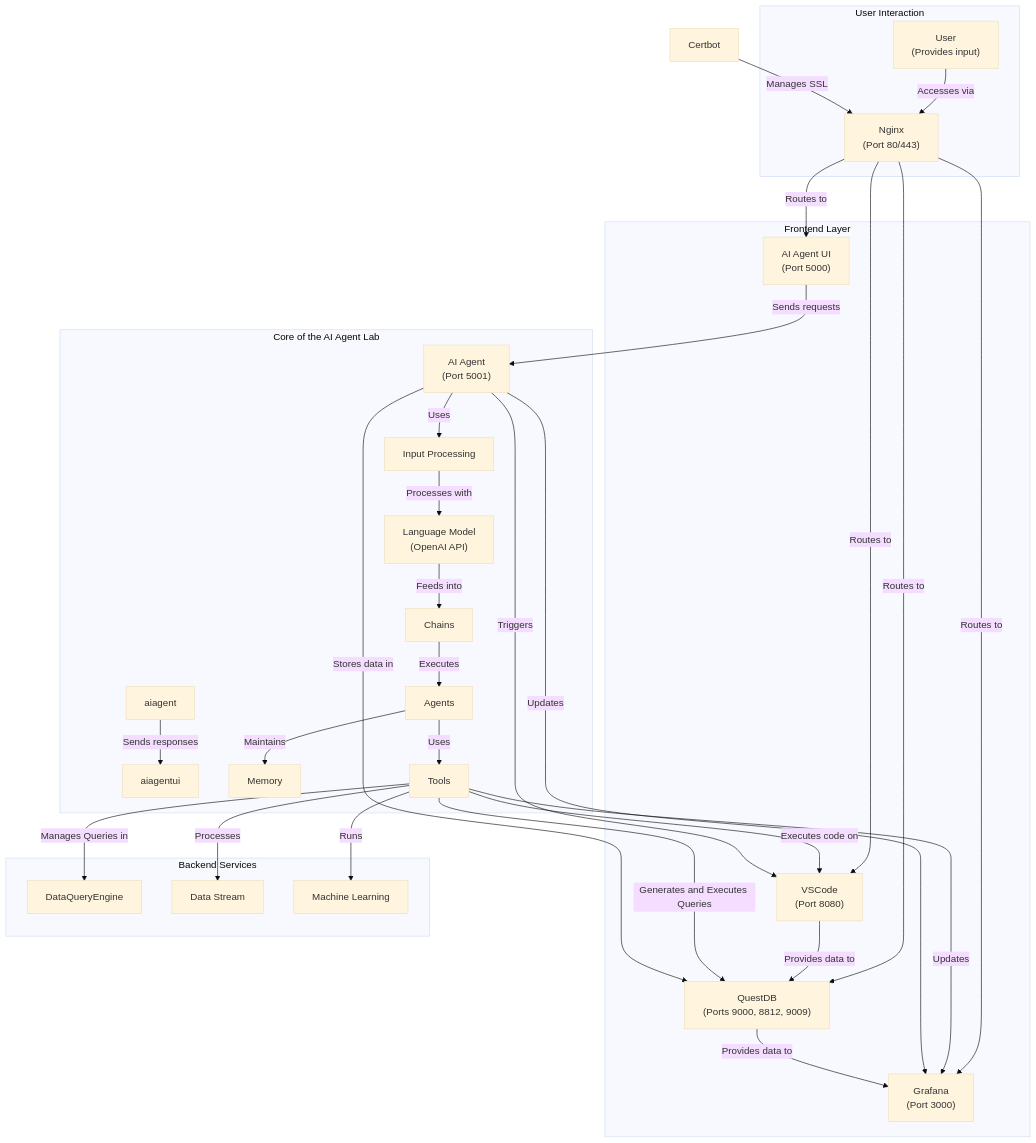
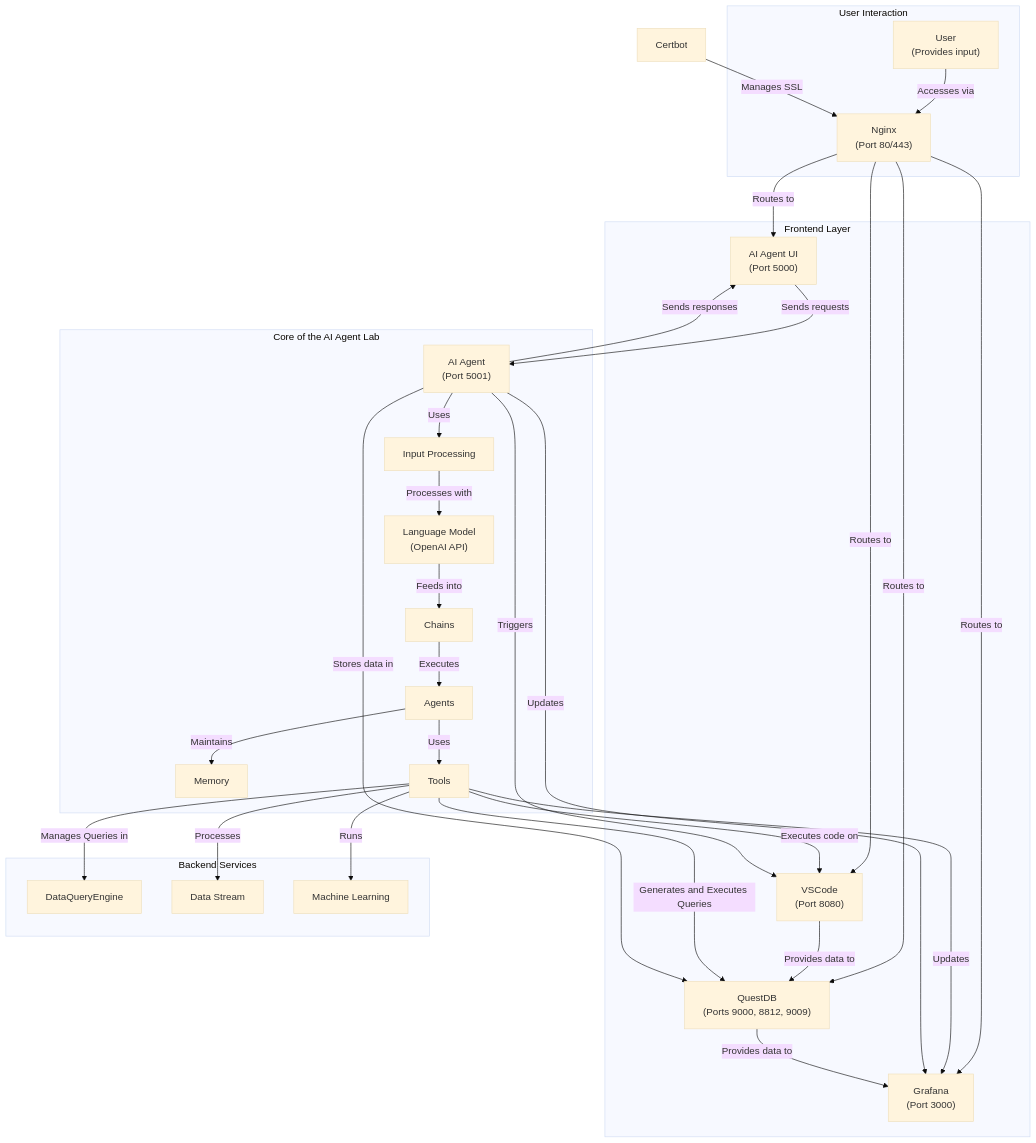
One commit to quantiota/AI-Agent-Lab changed the second of 6 diagrams in docs/architecture/langchain-diagram.md. Above: the diagram before and after it, drawn with Mermaid.

````diff
--- a/docs/architecture/langchain-diagram.md
+++ b/docs/architecture/langchain-diagram.md
@@ -60,54 +60,54 @@
 ```mermaid
 ---
 config:
   look: classic
   theme: base
   layout: dagre
 ---
 
 
 graph TD
   %% User and Frontend Layer
   subgraph User_Interaction["User Interaction"]
     User["User<br>(Provides input)"] -->|Accesses via| Nginx["Nginx<br>(Port 80/443)"]
   end
 
   subgraph Frontend["Frontend Layer"]
     Nginx -->|Routes to| AgentUI["AI Agent UI<br>(Port 5000)"]
     Nginx -->|Routes to| VSCode["VSCode<br>(Port 8080)"]
     Nginx -->|Routes to| Grafana["Grafana<br>(Port 3000)"]
     Nginx -->|Routes to| QuestDB["QuestDB<br>(Ports 9000, 8812, 9009)"]
   end
 
   %% AI & LangChain Workflow
   subgraph AI_Workflow["Core of the AI Agent Lab"]
     AgentUI -->|Sends requests| AIAgent["AI Agent<br>(Port 5001)"]
-    aiagent -->|Sends responses| aiagentui
+    AIAgent -->|Sends responses| AgentUI
     AIAgent -->|Uses| InputProcessing["Input Processing"]
     InputProcessing -->|Processes with| LLM["Language Model<br>(OpenAI API)"]
     LLM -->|Feeds into| Chains["Chains"]
     Chains -->|Executes| Agents["Agents"]
     Agents -->|Maintains| Memory["Memory"]
     Agents -->|Uses| Tools["Tools"]
   end
 
   %% Backend Services
   subgraph Backend["Backend Services"]
   
     Tools -->|Executes code on| VSCode
     VSCode -->|Provides data to| QuestDB
     Tools -->|Generates and Executes Queries| QuestDB
     Tools -->|Updates| Grafana
     Tools -->|Manages Queries in| DataQueryEngine["DataQueryEngine"]
     Tools -->|Processes| DataStream["Data Stream"]
     Tools -->|Runs| ML["Machine Learning"]
   end
 
   %% Additional Interactions and Security
   AIAgent -->|Stores data in| QuestDB
   AIAgent -->|Updates| Grafana
   AIAgent -->|Triggers| VSCode
   QuestDB -->|Provides data to| Grafana
 
   Certbot["Certbot"] -->|Manages SSL| Nginx
 ```
````
